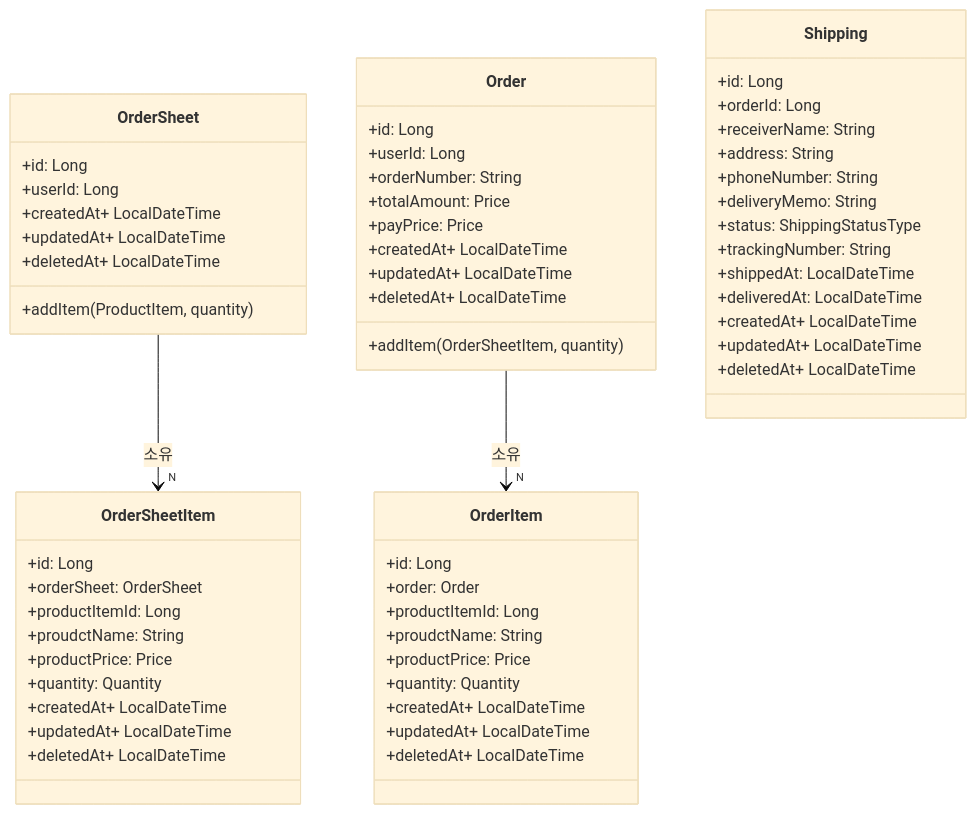
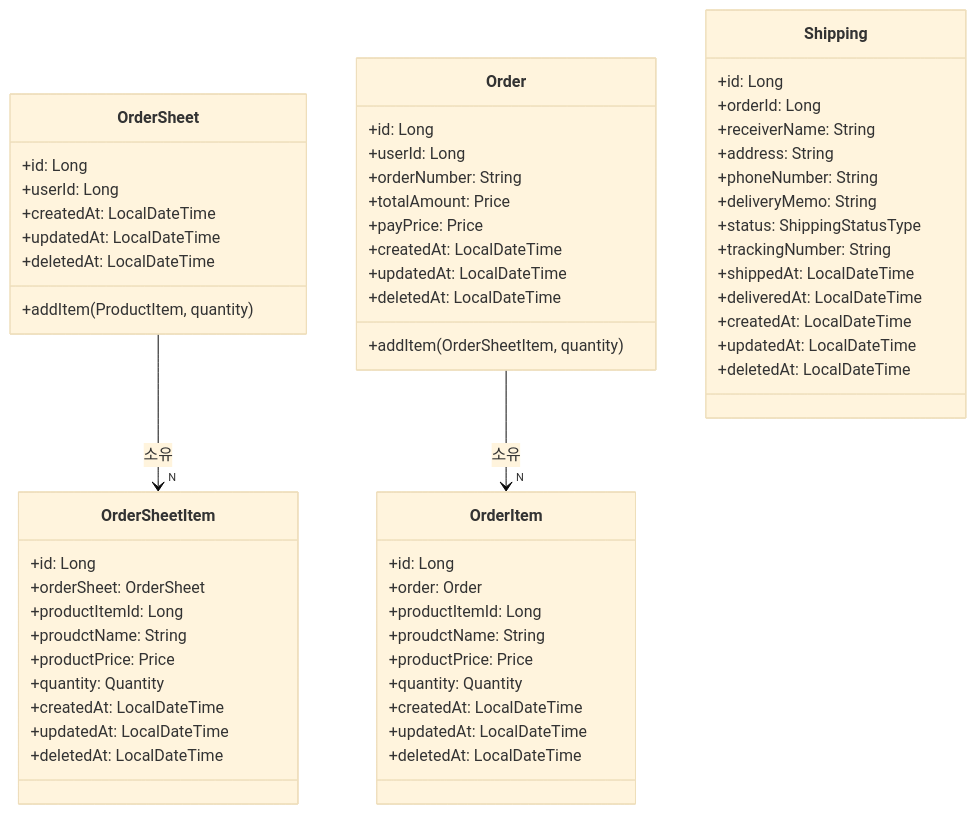
Before and after one commit to djawnstj/loopers-ecommerce: the third of 4 diagrams in docs/design/03-class-diagrams.md, drawn with Mermaid (base theme). The commit also changed other lines of this file, not shown here.

Commit message:
docs: 클래스 다이어그램 오타 수정

````diff
--- a/docs/design/03-class-diagrams.md
+++ b/docs/design/03-class-diagrams.md
@@ -72,66 +72,66 @@
 ```mermaid
 classDiagram
     class OrderSheet {
         +id: Long
         +userId: Long
-        +createdAt+ LocalDateTime
-        +updatedAt+ LocalDateTime
-        +deletedAt+ LocalDateTime
+        +createdAt: LocalDateTime
+        +updatedAt: LocalDateTime
+        +deletedAt: LocalDateTime
         +addItem(ProductItem, quantity)
     }
     
     class OrderSheetItem {
         +id: Long
         +orderSheet: OrderSheet
         +productItemId: Long
         +proudctName: String
         +productPrice: Price
         +quantity: Quantity
-        +createdAt+ LocalDateTime
-        +updatedAt+ LocalDateTime
-        +deletedAt+ LocalDateTime
+        +createdAt: LocalDateTime
+        +updatedAt: LocalDateTime
+        +deletedAt: LocalDateTime
     }
     
     class Order {
         +id: Long
         +userId: Long
         +orderNumber: String
         +totalAmount: Price
         +payPrice: Price
-        +createdAt+ LocalDateTime
-        +updatedAt+ LocalDateTime
-        +deletedAt+ LocalDateTime
+        +createdAt: LocalDateTime
+        +updatedAt: LocalDateTime
+        +deletedAt: LocalDateTime
         +addItem(OrderSheetItem, quantity)
     }
 
     class OrderItem {
         +id: Long
         +order: Order
         +productItemId: Long
         +proudctName: String
         +productPrice: Price
         +quantity: Quantity
-        +createdAt+ LocalDateTime
-        +updatedAt+ LocalDateTime
-        +deletedAt+ LocalDateTime
+        +createdAt: LocalDateTime
+        +updatedAt: LocalDateTime
+        +deletedAt: LocalDateTime
     }
     
     class Shipping {
         +id: Long
         +orderId: Long
         +receiverName: String
         +address: String
         +phoneNumber: String
         +deliveryMemo: String
         +status: ShippingStatusType
         +trackingNumber: String
         +shippedAt: LocalDateTime
         +deliveredAt: LocalDateTime
-        +createdAt+ LocalDateTime
-        +updatedAt+ LocalDateTime
-        +deletedAt+ LocalDateTime
+        +createdAt: LocalDateTime
+        +updatedAt: LocalDateTime
+        +deletedAt: LocalDateTime
     }
 
     OrderSheet --> "N" OrderSheetItem: 소유
     Order --> "N" OrderItem: 소유
 ```
````
